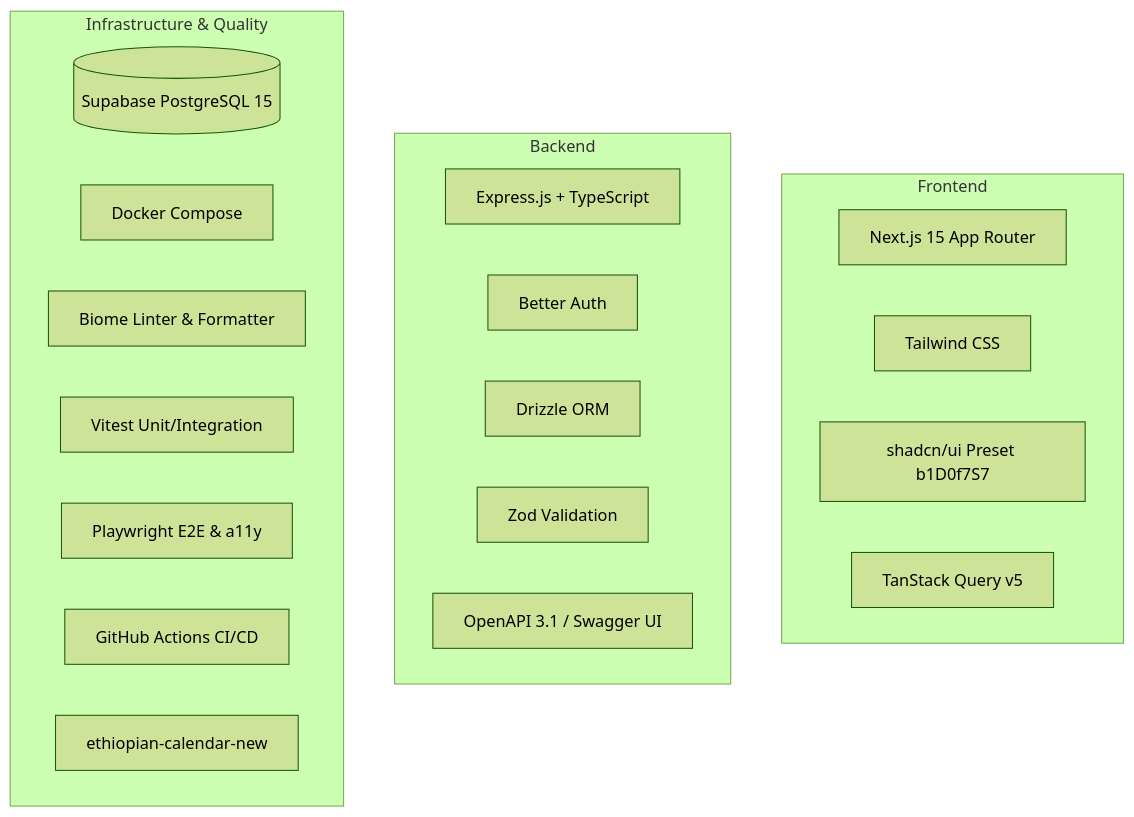
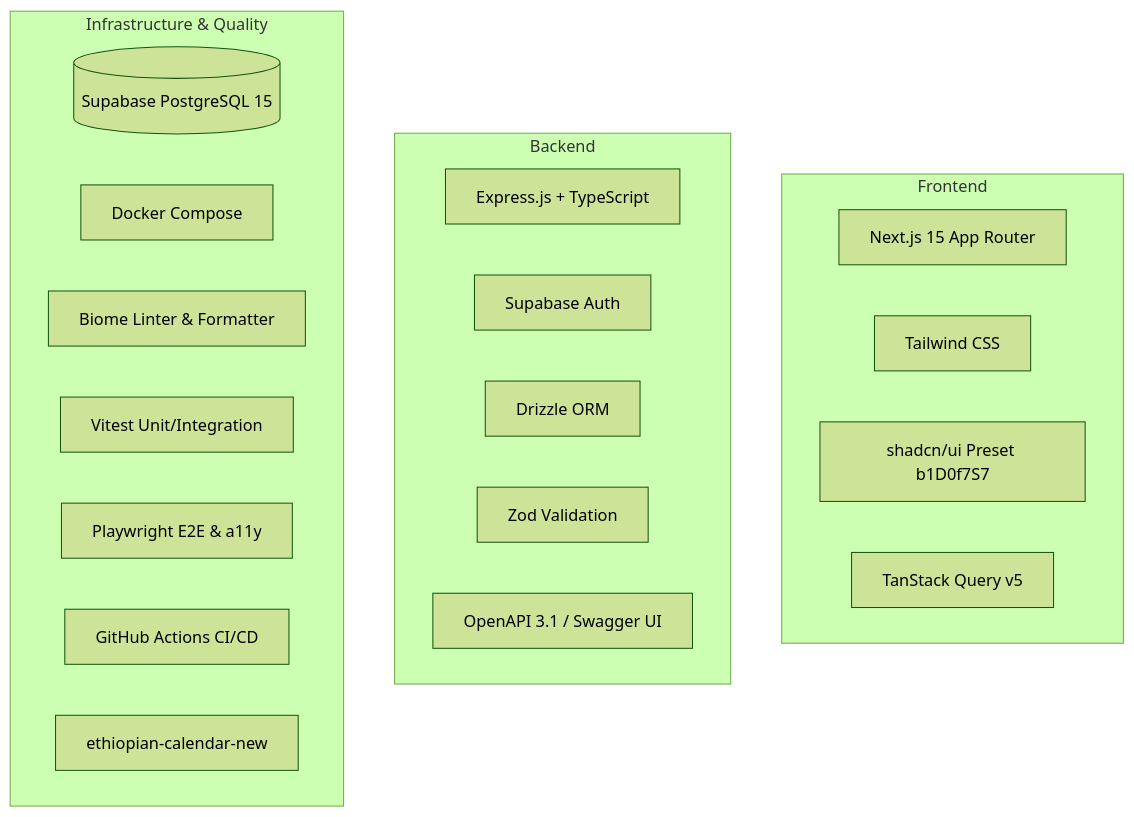
The diagram in docs/README.md (Hitsanat-Kfl/hitsanat), drawn with Mermaid (forest theme) before and after one commit. The commit also changed other lines of this file and 66 other files, not shown here.

First line of the commit message:
feat(auth): complete Supabase auth migration and leadership governance (BR-007/008/009)

````diff
--- a/docs/README.md
+++ b/docs/README.md
@@ -161,27 +161,27 @@
 ```mermaid
 graph TD
     subgraph Frontend
         Next[Next.js 15 App Router]
         Tailwind[Tailwind CSS]
         Shadcn[shadcn/ui Preset b1D0f7S7]
         TanStack[TanStack Query v5]
     end
 
     subgraph Backend
         Express[Express.js + TypeScript]
-        BetterAuth[Better Auth]
+        SupabaseAuth[Supabase Auth]
         Drizzle[Drizzle ORM]
         Zod[Zod Validation]
         Swagger[OpenAPI 3.1 / Swagger UI]
     end
 
     subgraph Infrastructure & Quality
         Supabase[(Supabase PostgreSQL 15)]
         Docker[Docker Compose]
         Biome[Biome Linter & Formatter]
         Vitest[Vitest Unit/Integration]
         Playwright[Playwright E2E & a11y]
         GitHubActions[GitHub Actions CI/CD]
         EthCalendar[ethiopian-calendar-new]
     end
 ```
````
